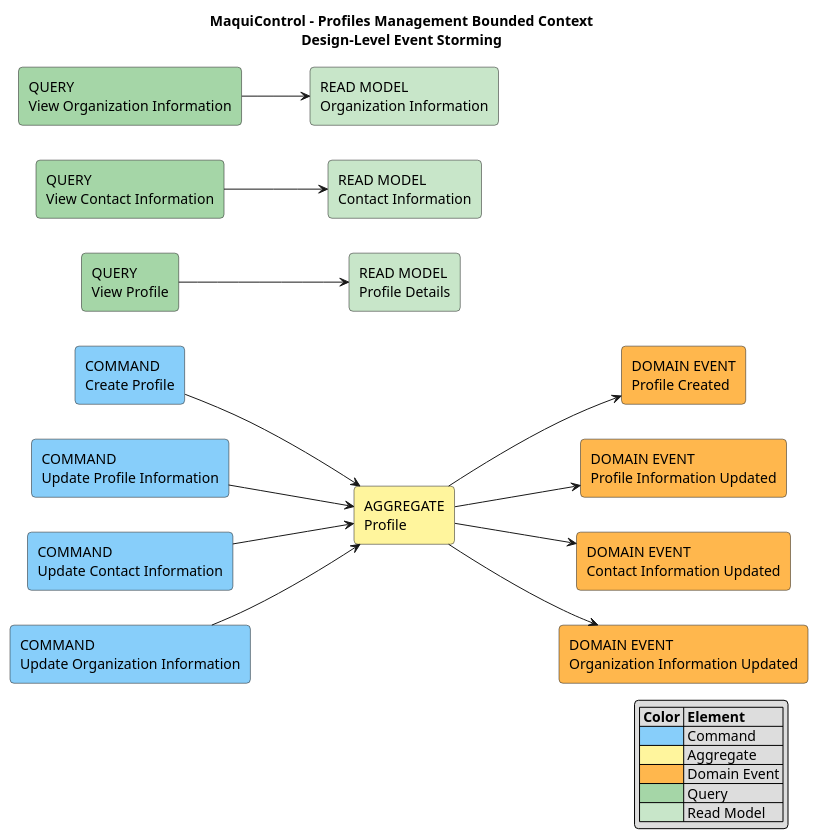
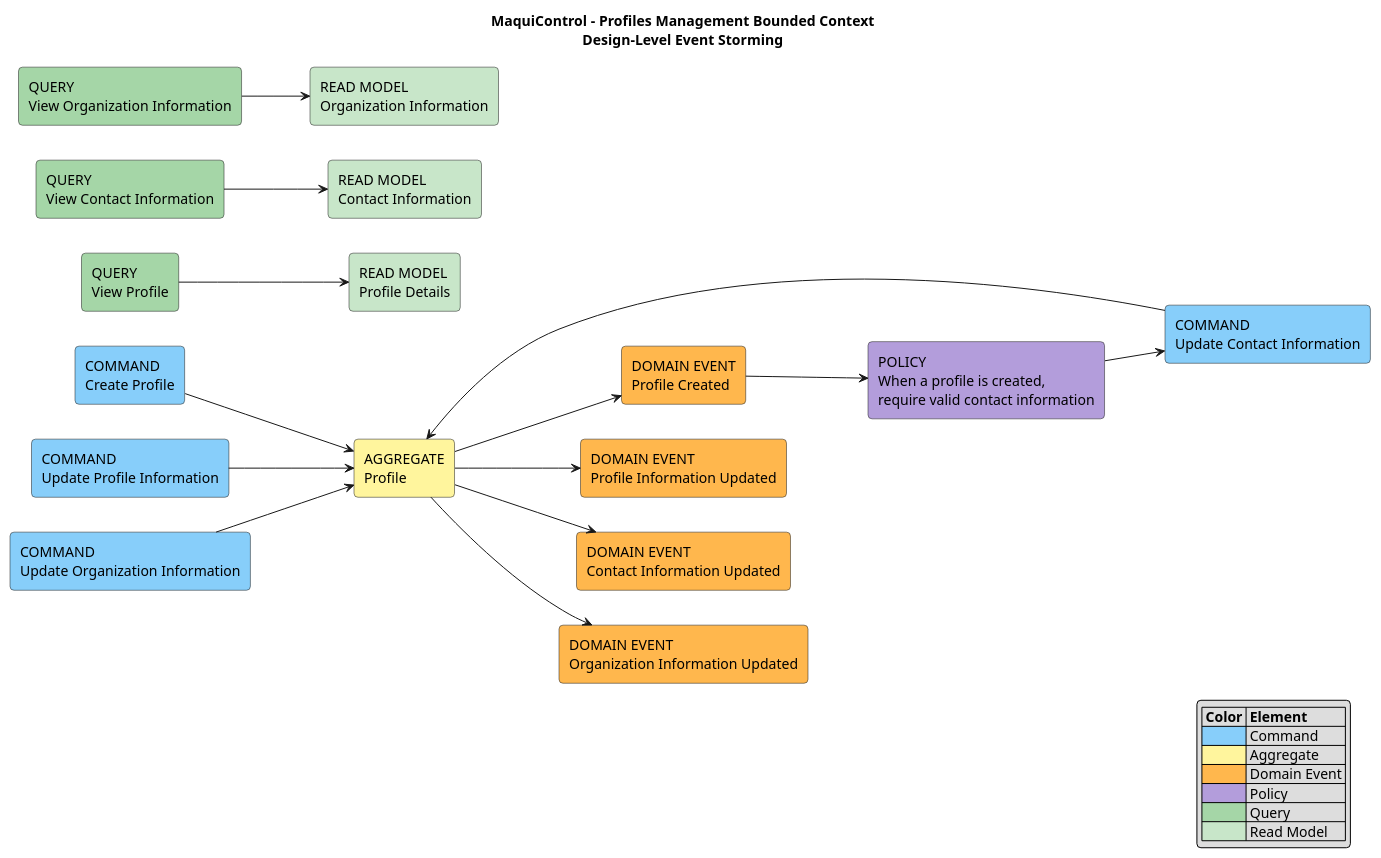
One commit to AndesHeavyTech/MaquiControl changed the diagram in docs/architecture/event-storming/profiles-management-design-level.puml. Above: the diagram before and after it, drawn with PlantUML. The commit also changed 14 other files, not shown here.

```diff
--- a/docs/architecture/event-storming/profiles-management-design-level.puml
+++ b/docs/architecture/event-storming/profiles-management-design-level.puml
@@ -1,67 +1,73 @@
 @startuml
 title MaquiControl - Profiles Management Bounded Context\nDesign-Level Event Storming
 
 left to right direction
 skinparam shadowing false
 skinparam roundcorner 8
 skinparam defaultFontName Arial
 
 ' =========================
 ' Styles
 ' =========================
 
 rectangle "COMMAND\nCreate Profile" as CMD_CREATE_PROFILE #87CEFA
 rectangle "COMMAND\nUpdate Profile Information" as CMD_UPDATE_PROFILE #87CEFA
 rectangle "COMMAND\nUpdate Contact Information" as CMD_UPDATE_CONTACT #87CEFA
 rectangle "COMMAND\nUpdate Organization Information" as CMD_UPDATE_ORG #87CEFA
 
 rectangle "AGGREGATE\nProfile" as AGG_PROFILE #FFF59D
 
 rectangle "DOMAIN EVENT\nProfile Created" as EVT_PROFILE_CREATED #FFB74D
 rectangle "DOMAIN EVENT\nProfile Information Updated" as EVT_PROFILE_UPDATED #FFB74D
 rectangle "DOMAIN EVENT\nContact Information Updated" as EVT_CONTACT_UPDATED #FFB74D
 rectangle "DOMAIN EVENT\nOrganization Information Updated" as EVT_ORG_UPDATED #FFB74D
+
+rectangle "POLICY\nWhen a profile is created,\nrequire valid contact information" as POL_REQUIRE_CONTACT #B39DDB
 
 rectangle "QUERY\nView Profile" as QUERY_PROFILE #A5D6A7
 rectangle "READ MODEL\nProfile Details" as READ_PROFILE #C8E6C9
 
 rectangle "QUERY\nView Contact Information" as QUERY_CONTACT #A5D6A7
 rectangle "READ MODEL\nContact Information" as READ_CONTACT #C8E6C9
 
 rectangle "QUERY\nView Organization Information" as QUERY_ORG #A5D6A7
 rectangle "READ MODEL\nOrganization Information" as READ_ORG #C8E6C9
 
 ' =========================
 ' Commands -> Aggregate -> Events
 ' =========================
 
 CMD_CREATE_PROFILE --> AGG_PROFILE
 AGG_PROFILE --> EVT_PROFILE_CREATED
 
 CMD_UPDATE_PROFILE --> AGG_PROFILE
 AGG_PROFILE --> EVT_PROFILE_UPDATED
 
 CMD_UPDATE_CONTACT --> AGG_PROFILE
 AGG_PROFILE --> EVT_CONTACT_UPDATED
 
 CMD_UPDATE_ORG --> AGG_PROFILE
 AGG_PROFILE --> EVT_ORG_UPDATED
 
+EVT_PROFILE_CREATED --> POL_REQUIRE_CONTACT
+POL_REQUIRE_CONTACT --> CMD_UPDATE_CONTACT
+
 ' =========================
 ' Queries -> Read Models
 ' =========================
 
 QUERY_PROFILE --> READ_PROFILE
 QUERY_CONTACT --> READ_CONTACT
 QUERY_ORG --> READ_ORG
 
 legend right
 |= Color |= Element |
 |<#87CEFA>| Command |
 |<#FFF59D>| Aggregate |
 |<#FFB74D>| Domain Event |
+|<#B39DDB>| Policy |
 |<#A5D6A7>| Query |
 |<#C8E6C9>| Read Model |
 endlegend
 
 @enduml
```
